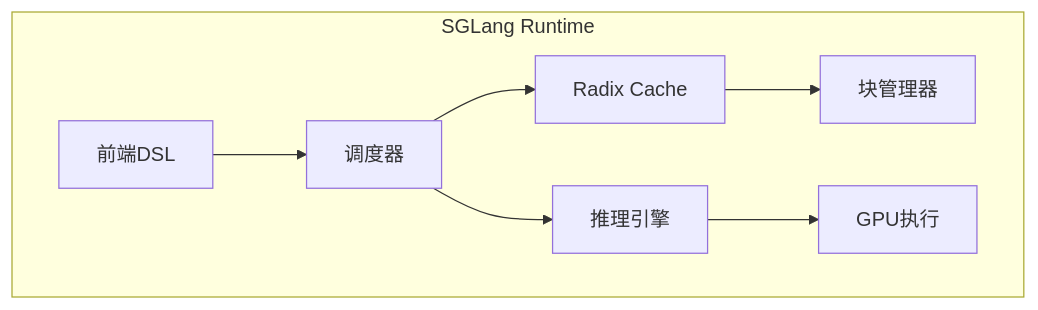
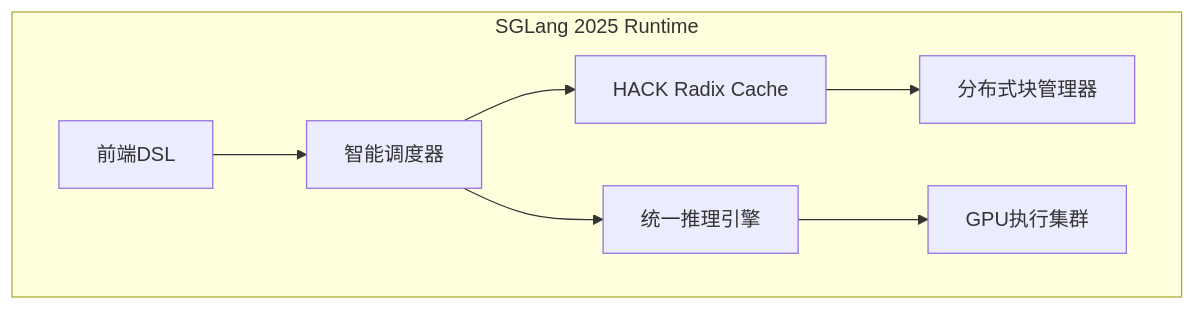
The fifth of 5 diagrams in learning/website/docs/basics/18-radix-attention.md (Xunzhuo/mini-sglang), drawn with Mermaid before and after one commit. The commit also changed other lines of this file and 9 other files, not shown here.

````diff
--- a/learning/website/docs/basics/18-radix-attention.md
+++ b/learning/website/docs/basics/18-radix-attention.md
@@ -222,10 +305,10 @@
 ```mermaid
 graph TB
-    subgraph SGLang Runtime
-        FE[前端DSL] --> Scheduler[调度器]
-        Scheduler --> RadixCache[Radix Cache]
-        Scheduler --> Engine[推理引擎]
-        RadixCache --> BlockManager[块管理器]
-        Engine --> GPU[GPU执行]
+    subgraph SGLang 2025 Runtime
+        FE[前端DSL] --> Scheduler[智能调度器]
+        Scheduler --> RadixCache[HACK Radix Cache]
+        Scheduler --> Engine[统一推理引擎]
+        RadixCache --> BlockManager[分布式块管理器]
+        Engine --> GPU[GPU执行集群]
     end
 ```
````
